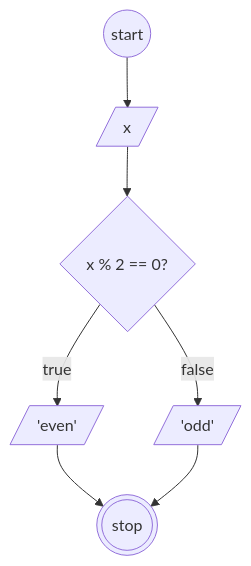
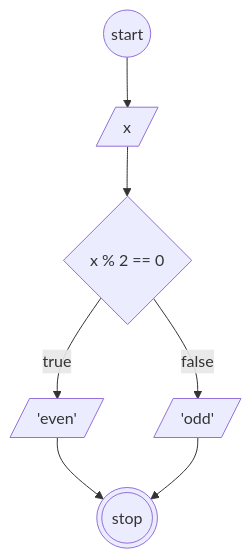
One commit to yasirmaxstyle/fgo24-algoritma changed the diagram in oddEvenNumber.md. Above: the diagram before and after it, drawn with Mermaid. The commit also changed other lines of this file, not shown here.

````diff
--- a/oddEvenNumber.md
+++ b/oddEvenNumber.md
@@ -11,16 +11,16 @@
 ```mermaid
 graph TD
 A((start))
 B[/x/]
-C{x % 2 == 0?}
+C{x % 2 == 0}
 D[/'even'/]
 E[/'odd'/]
 F(((stop)))
 
 A --> B
 B --> C
 C --true--> D
 C --false--> E
 D & E --> F
 
 ```
````
